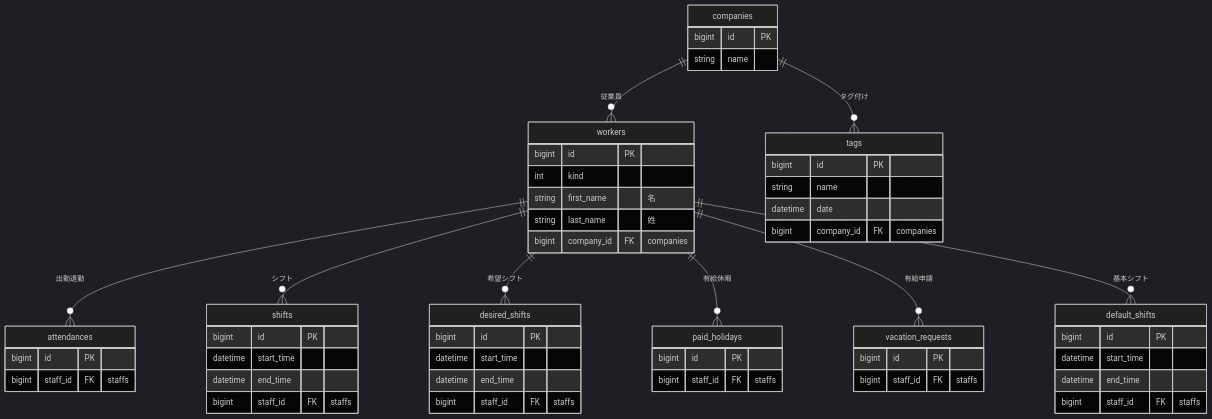
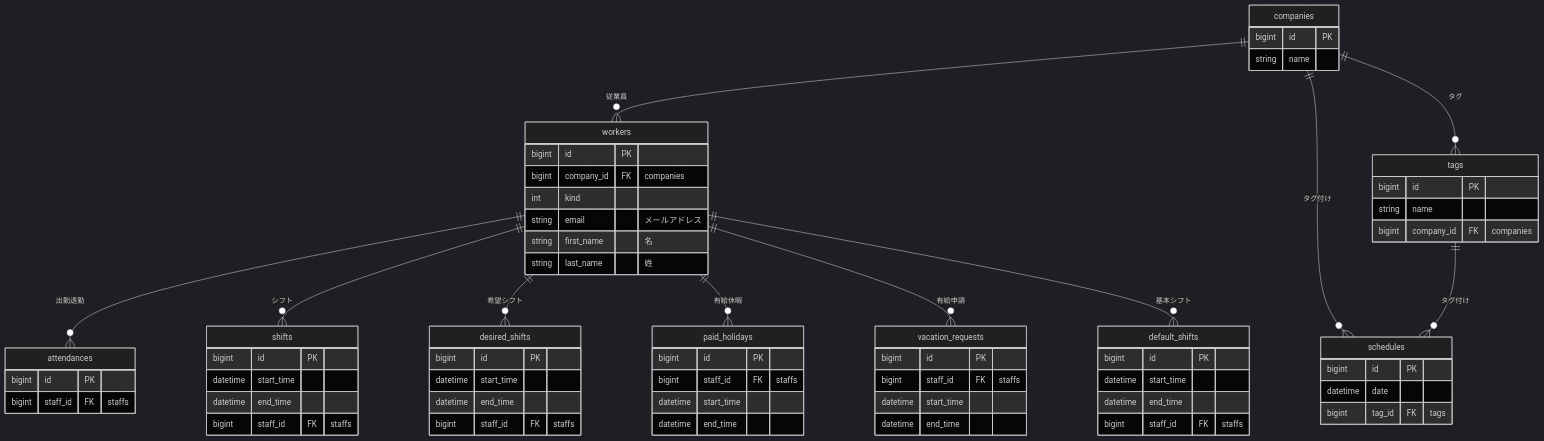
One commit to piny940/kintai changed the diagram in db/er.md. Above: the diagram before and after it, drawn with Mermaid (dark theme).

Commit message:
er図を修正

````diff
--- a/db/er.md
+++ b/db/er.md
@@ -1,63 +1,74 @@
 ```mermaid
 erDiagram
   companies ||--o{ workers : "従業員"
-  companies ||--o{ tags : "タグ付け"
+  companies ||--o{ schedules : "タグ付け"
+  companies ||--o{ tags : "タグ"
+  tags ||--o{ schedules : "タグ付け"
   workers ||--o{ attendances : "出勤退勤"
   workers ||--o{ shifts : "シフト"
   workers ||--o{ desired_shifts : "希望シフト"
   workers ||--o{ paid_holidays : "有給休暇"
   workers ||--o{ vacation_requests : "有給申請"
   workers ||--o{ default_shifts : "基本シフト"
 
   companies {
     bigint id PK
     string name
   }
   workers {
     bigint id PK
+    bigint company_id FK "companies"
     int kind
+    string email "メールアドレス"
     string first_name "名"
     string last_name "姓"
-    bigint company_id FK "companies"
   }
 
   attendances {
     bigint id PK
     bigint staff_id FK "staffs"
   }
 
   shifts {
     bigint id PK
     datetime start_time
     datetime end_time
     bigint staff_id FK "staffs"
   }
   desired_shifts {
     bigint id PK
     datetime start_time
     datetime end_time
     bigint staff_id FK "staffs"
   }
   default_shifts {
     bigint id PK
     datetime start_time
     datetime end_time
     bigint staff_id FK "staffs"
   }
   
   tags {
     bigint id PK
     string name
+    bigint company_id FK "companies"
+  }
+  schedules {
+    bigint id PK
     datetime date
-    bigint company_id FK "companies"
+    bigint tag_id FK "tags"
   }
 
   paid_holidays {
     bigint id PK
     bigint staff_id FK "staffs"
+    datetime start_time
+    datetime end_time
   }
   vacation_requests {
     bigint id PK
     bigint staff_id FK "staffs"
+    datetime start_time
+    datetime end_time
   }
 ```
````
